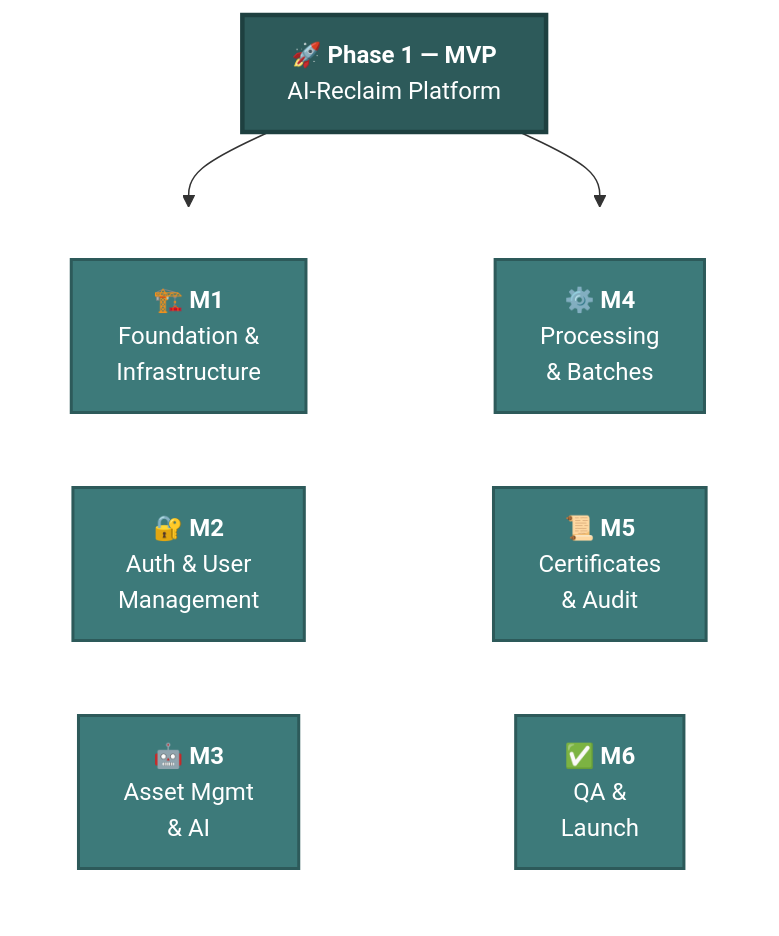
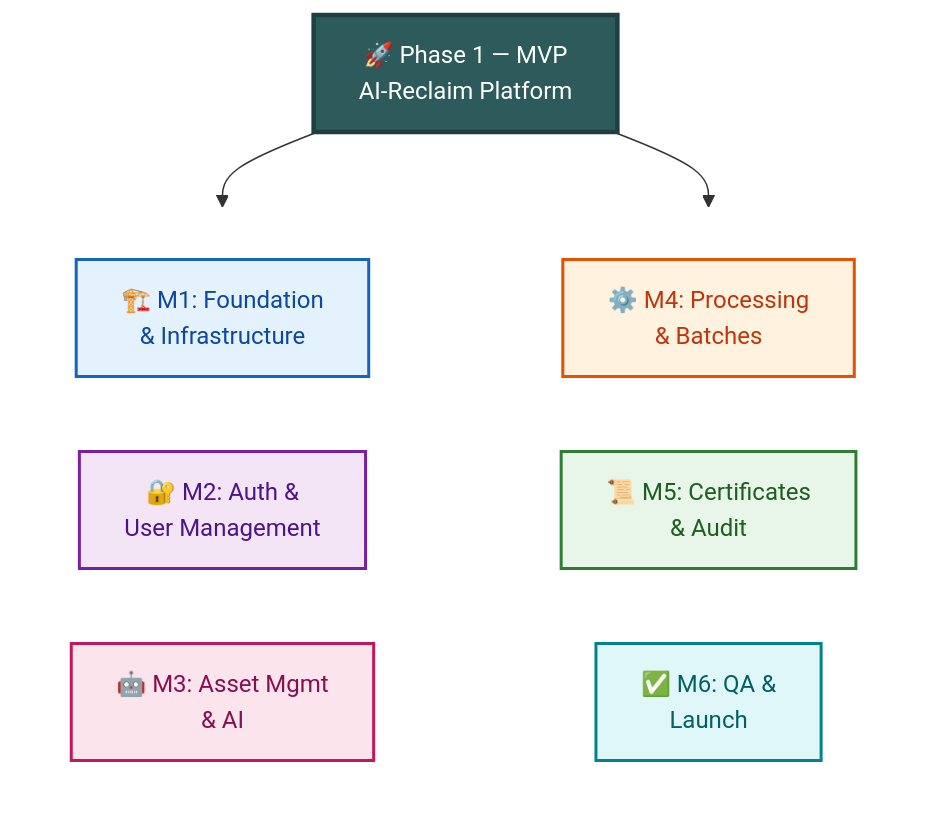
The second of 3 diagrams in docs/05-delivery-roadmap/README.md (nugehs/ai-reclaim-m0), drawn with Mermaid before and after one commit. The commit also changed other lines of this file and 8 other files, not shown here.

````diff
--- a/docs/05-delivery-roadmap/README.md
+++ b/docs/05-delivery-roadmap/README.md
@@ -123,30 +123,40 @@
 ```mermaid
 flowchart TB
-    PHASE1[🚀 <b>Phase 1 — MVP</b><br/>AI-Reclaim Platform]
+    PHASE1[🚀 Phase 1 — MVP<br/>AI-Reclaim Platform]
 
     subgraph ROW1[" "]
         direction LR
-        M1[🏗️ <b>M1</b><br/>Foundation &<br/>Infrastructure]
-        M2[🔐 <b>M2</b><br/>Auth & User<br/>Management]
-        M3[🤖 <b>M3</b><br/>Asset Mgmt<br/>& AI]
+        M1[🏗️ M1: Foundation<br/>& Infrastructure]
+        M2[🔐 M2: Auth &<br/>User Management]
+        M3[🤖 M3: Asset Mgmt<br/>& AI]
     end
 
     subgraph ROW2[" "]
         direction LR
-        M4[⚙️ <b>M4</b><br/>Processing<br/>& Batches]
-        M5[📜 <b>M5</b><br/>Certificates<br/>& Audit]
-        M6[✅ <b>M6</b><br/>QA &<br/>Launch]
+        M4[⚙️ M4: Processing<br/>& Batches]
+        M5[📜 M5: Certificates<br/>& Audit]
+        M6[✅ M6: QA &<br/>Launch]
     end
 
     PHASE1 --> ROW1
     PHASE1 --> ROW2
 
     %% Styling
     classDef rootStyle fill:#2D5A5A,stroke:#1E4040,stroke-width:3px,color:#ffffff
-    classDef milestoneStyle fill:#3D7A7A,stroke:#2D5A5A,stroke-width:2px,color:#ffffff
+    classDef infraStyle fill:#e3f2fd,stroke:#1565c0,stroke-width:2px,color:#0d47a1
+    classDef authStyle fill:#f3e5f5,stroke:#7b1fa2,stroke-width:2px,color:#4a148c
+    classDef assetStyle fill:#fce4ec,stroke:#c2185b,stroke-width:2px,color:#880e4f
+    classDef processStyle fill:#fff3e0,stroke:#e65100,stroke-width:2px,color:#bf360c
+    classDef certStyle fill:#e8f5e9,stroke:#2e7d32,stroke-width:2px,color:#1b5e20
+    classDef qaStyle fill:#e0f7fa,stroke:#00838f,stroke-width:2px,color:#006064
     classDef invisible fill:none,stroke:none
 
     class PHASE1 rootStyle
-    class M1,M2,M3,M4,M5,M6 milestoneStyle
+    class M1 infraStyle
+    class M2 authStyle
+    class M3 assetStyle
+    class M4 processStyle
+    class M5 certStyle
+    class M6 qaStyle
     class ROW1,ROW2 invisible
 ```
````
